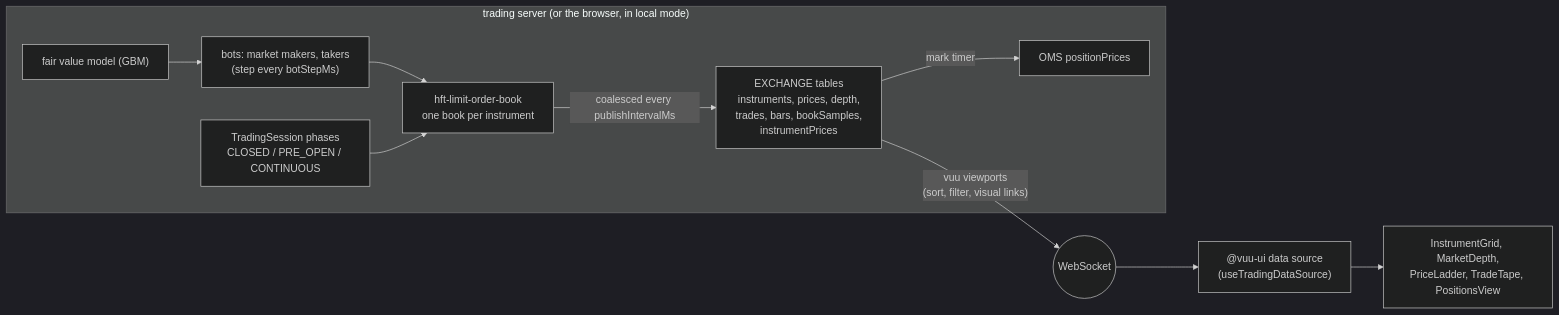
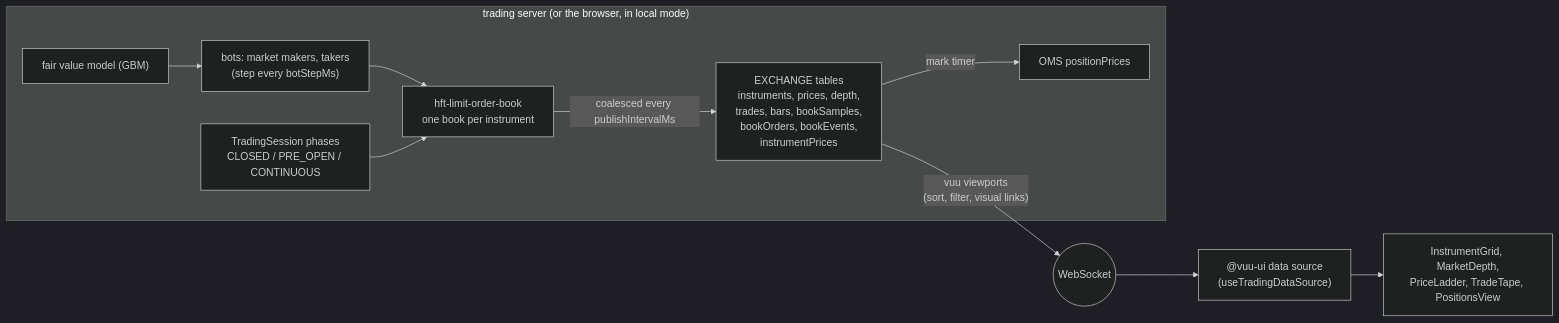
The second of 7 diagrams in docs/architecture.md (heswell/trader), drawn with Mermaid (dark theme) before and after one commit. The commit also changed 18 other files, not shown here.

First line of the commit message:
Add L3 (order-by-order) book feed to the exchange sim

````diff
--- a/docs/architecture.md
+++ b/docs/architecture.md
@@ -68,13 +68,13 @@
 ```mermaid
 flowchart LR
   subgraph TS["trading server (or the browser, in local mode)"]
     Bots["bots: market makers, takers<br/>(step every botStepMs)"] --> Books["hft-limit-order-book<br/>one book per instrument"]
     GBM["fair value model (GBM)"] --> Bots
     Session["TradingSession phases<br/>CLOSED / PRE_OPEN / CONTINUOUS"] --> Books
-    Books -- "coalesced every publishIntervalMs" --> ET["EXCHANGE tables<br/>instruments, prices, depth,<br/>trades, bars, bookSamples,<br/>instrumentPrices"]
+    Books -- "coalesced every publishIntervalMs" --> ET["EXCHANGE tables<br/>instruments, prices, depth,<br/>trades, bars, bookSamples,<br/>bookOrders, bookEvents,<br/>instrumentPrices"]
     ET -- "mark timer" --> OT["OMS positionPrices"]
   end
   ET -- "vuu viewports<br/>(sort, filter, visual links)" --> WS(("WebSocket"))
   WS --> DS["@vuu-ui data source<br/>(useTradingDataSource)"]
   DS --> UI["InstrumentGrid, MarketDepth,<br/>PriceLadder, TradeTape, PositionsView"]
 ```
````
